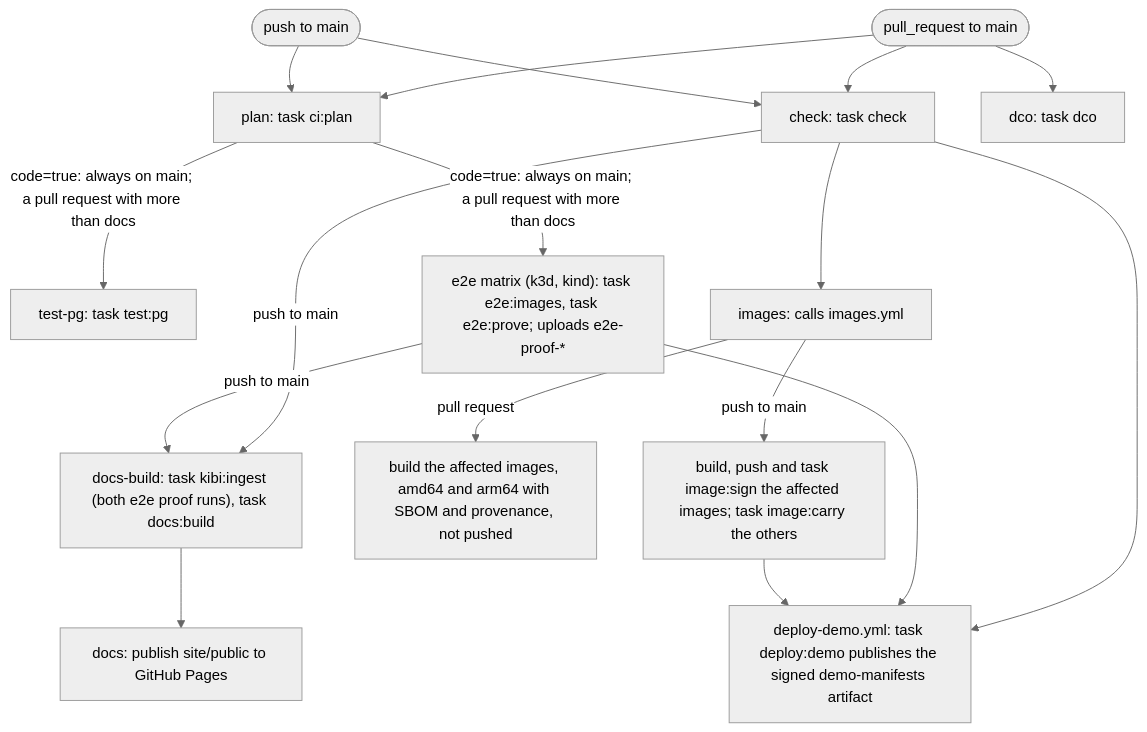
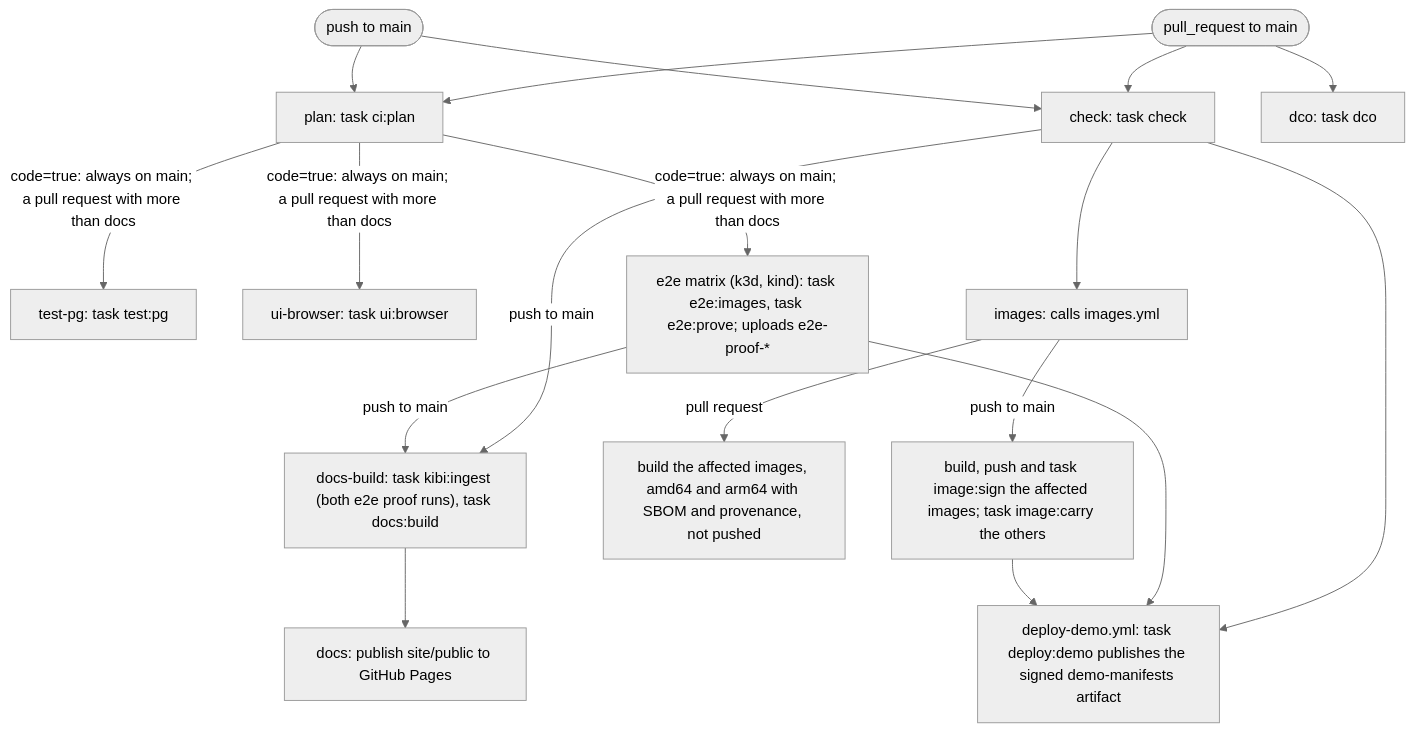
The third of 5 diagrams in docs/dev/pipeline.md (arkadiuss/openfief), drawn with Mermaid (neutral theme) before and after one commit. The commit also changed other lines of this file and 3 other files, not shown here.

First line of the commit message:
build(ci): run task ui:browser in its own CI job

````diff
--- a/docs/dev/pipeline.md
+++ b/docs/dev/pipeline.md
@@ -209,17 +210,18 @@
 ```mermaid
 flowchart TD
   pr(["pull_request to main"])
   push(["push to main"])
   pr --> plan & check & dco
   push --> plan & check
-  plan["plan: task ci:plan"] -->|"code=true: always on main; a pull request with more than docs"| testpg & e2e
+  plan["plan: task ci:plan"] -->|"code=true: always on main; a pull request with more than docs"| testpg & uibrowser & e2e
   check["check: task check"] --> images["images: calls images.yml"]
   check & e2e -->|"push to main"| docsbuild["docs-build: task kibi:ingest (both e2e proof runs), task docs:build"]
   docsbuild --> docsjob["docs: publish site/public to GitHub Pages"]
   testpg["test-pg: task test:pg"]
+  uibrowser["ui-browser: task ui:browser"]
   dco["dco: task dco"]
   e2e["e2e matrix (k3d, kind): task e2e:images, task e2e:prove; uploads e2e-proof-*"]
   images -->|"pull request"| build["build the affected images, amd64 and arm64 with SBOM and provenance, not pushed"]
   images -->|"push to main"| pub["build, push and task image:sign the affected images; task image:carry the others"]
   check & e2e & pub --> demo["deploy-demo.yml: task deploy:demo publishes the signed demo-manifests artifact"]
 ```
````
